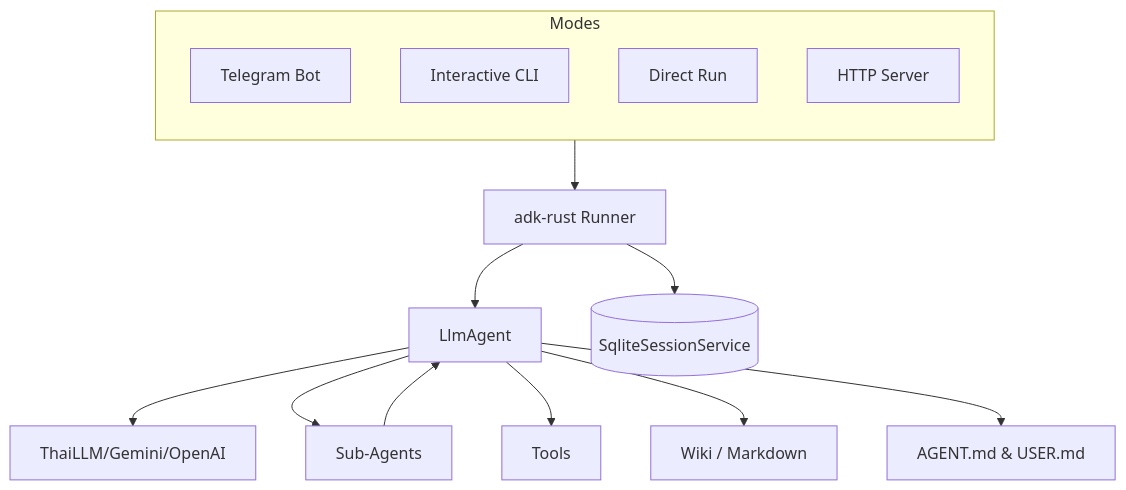
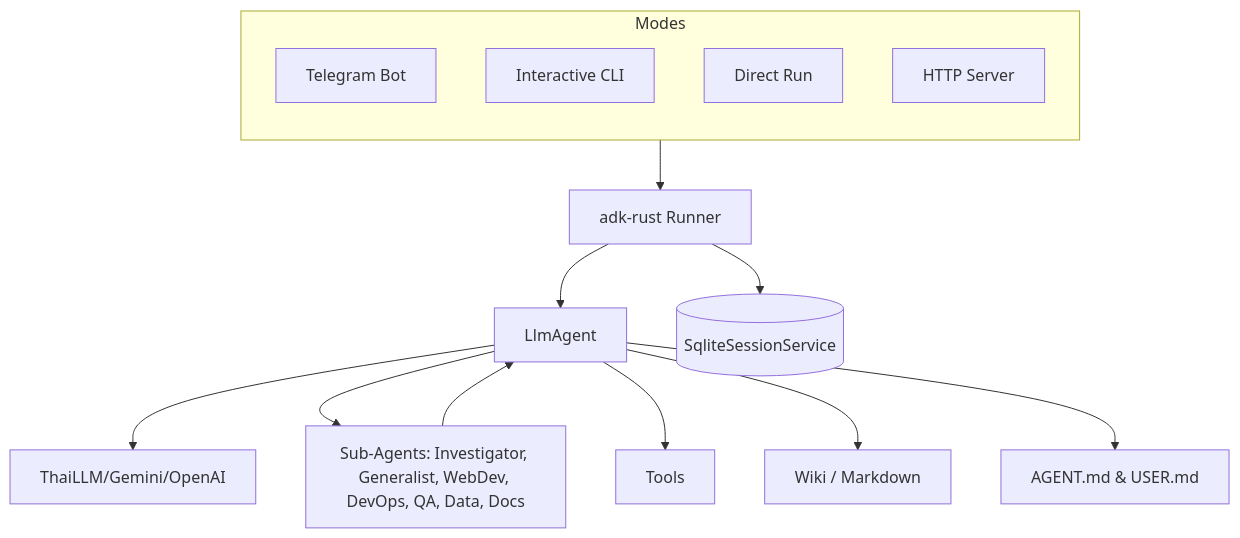
The diagram in README.md (anoochit/telegram_bot), drawn with Mermaid before and after one commit.

Commit message:
Update architecture diagram to include sub-agents

````diff
--- a/README.md
+++ b/README.md
@@ -94,23 +94,23 @@
 ```mermaid
 graph TD
     subgraph EntryPoints [Modes]
         direction TB
         Bot[Telegram Bot]
         CLI[Interactive CLI]
         Run[Direct Run]
         Server[HTTP Server]
     end
 
     EntryPoints --> Runner[adk-rust Runner]
     
     Runner --> Agent[LlmAgent]
     Runner --> DB[(SqliteSessionService)]
     
     Agent --> LLM[ThaiLLM/Gemini/OpenAI]
-    Agent --> SubAgents[Sub-Agents]
+    Agent --> SubAgents[Sub-Agents: Investigator, Generalist, WebDev, DevOps, QA, Data, Docs]
     Agent --> Tools[Tools]
     Agent --> Wiki[Wiki / Markdown]
     Agent --> Persona[AGENT.md & USER.md]
     
     SubAgents --> Agent
 ```
````
